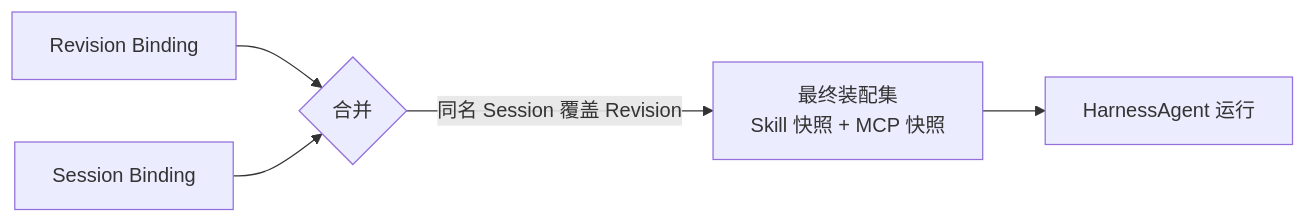
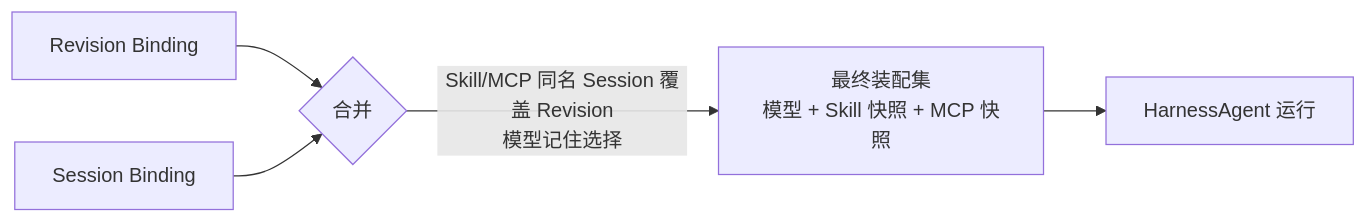
The fifth of 16 diagrams in docs/agent-module-table-flows.md (wzerf/code-temp), drawn with Mermaid before and after one commit. The commit also changed other lines of this file and 49 other files, not shown here.

````diff
--- a/docs/agent-module-table-flows.md
+++ b/docs/agent-module-table-flows.md
@@ -139,7 +151,7 @@
 ```mermaid
 flowchart LR
     RB[Revision Binding] --> M{合并}
     SB[Session Binding] --> M
-    M -->|同名 Session 覆盖 Revision| F[最终装配集\nSkill 快照 + MCP 快照]
+    M -->|Skill/MCP 同名 Session 覆盖 Revision\n模型记住选择| F[最终装配集\n模型 + Skill 快照 + MCP 快照]
     F --> RUN[HarnessAgent 运行]
 ```
````
